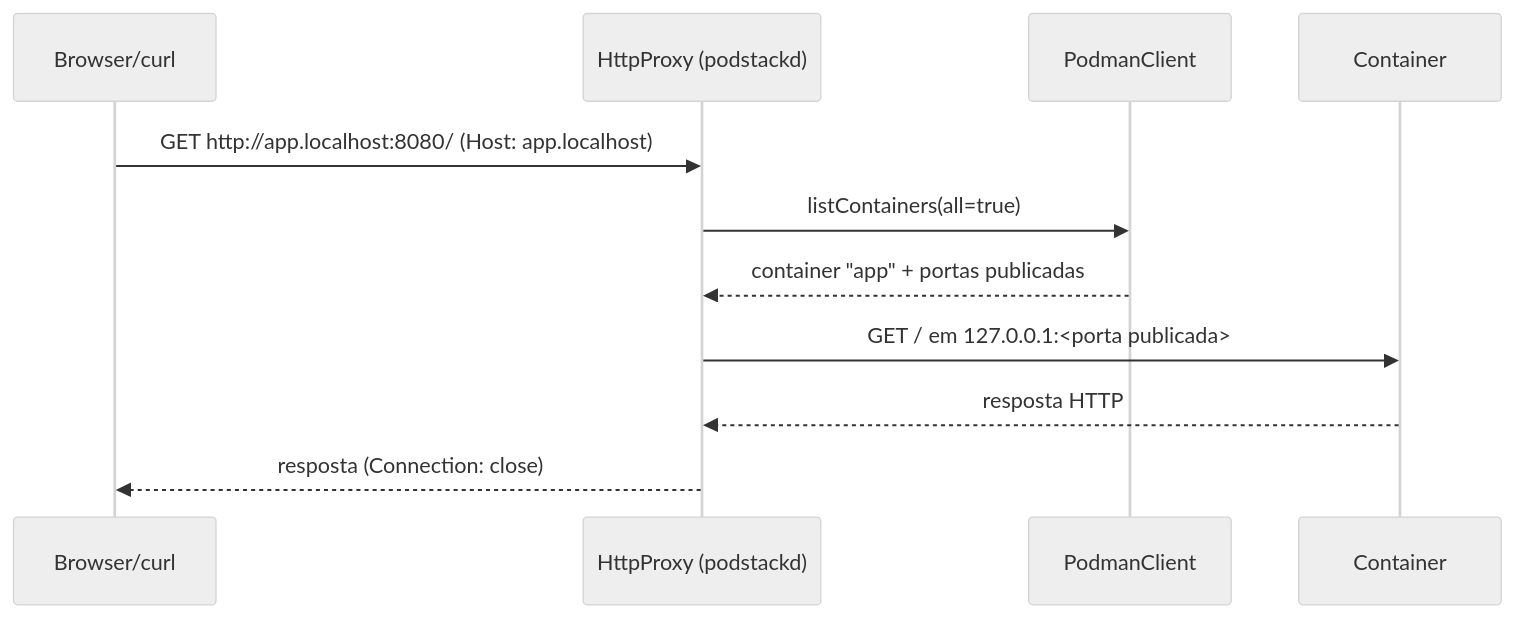
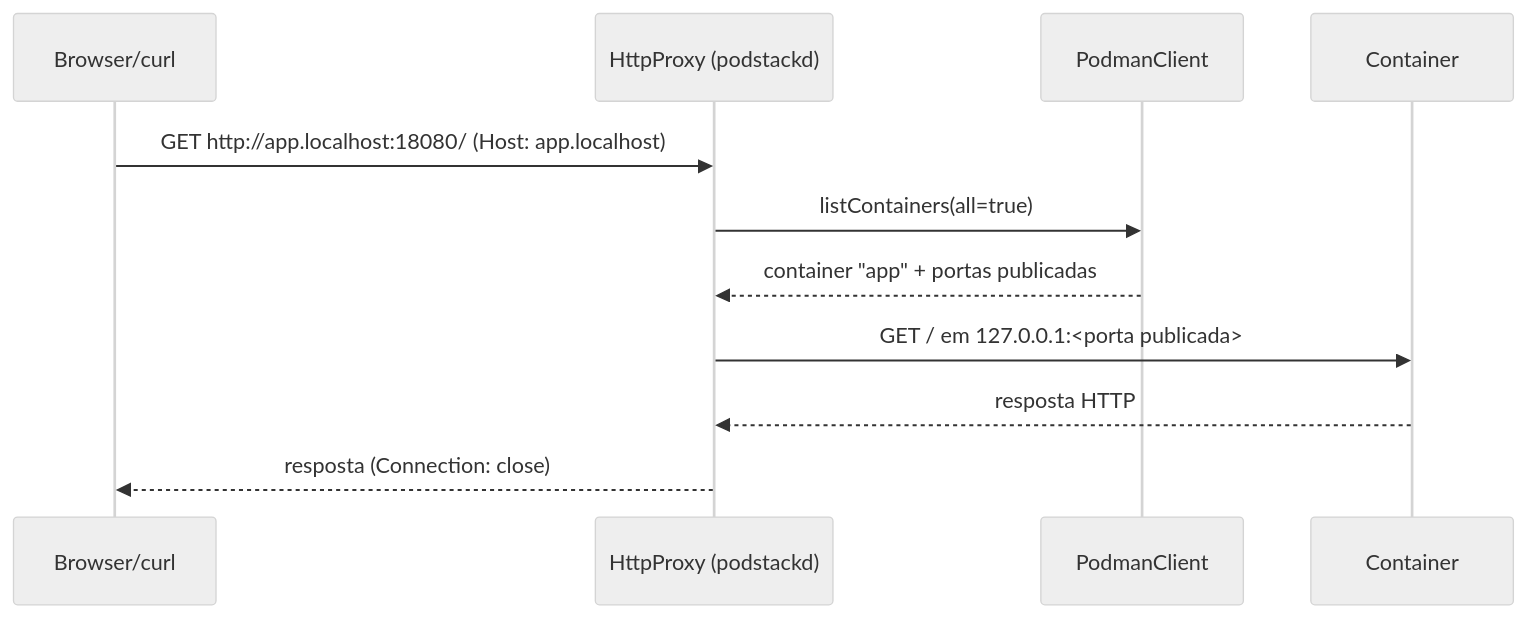
One commit to marcos2872/podstack changed the seventh of 10 diagrams in docs/architecture.md. Above: the diagram before and after it, drawn with Mermaid (neutral theme). The commit also changed other lines of this file and 24 other files, not shown here.

````diff
--- a/docs/architecture.md
+++ b/docs/architecture.md
@@ -287,13 +287,13 @@
 ```mermaid
 sequenceDiagram
   participant B as Browser/curl
   participant PX as HttpProxy (podstackd)
   participant PC as PodmanClient
   participant C as Container
-  B->>PX: GET http://app.localhost:8080/ (Host: app.localhost)
+  B->>PX: GET http://app.localhost:18080/ (Host: app.localhost)
   PX->>PC: listContainers(all=true)
   PC-->>PX: container "app" + portas publicadas
   PX->>C: GET / em 127.0.0.1:<porta publicada>
   C-->>PX: resposta HTTP
   PX-->>B: resposta (Connection: close)
 ```
````
